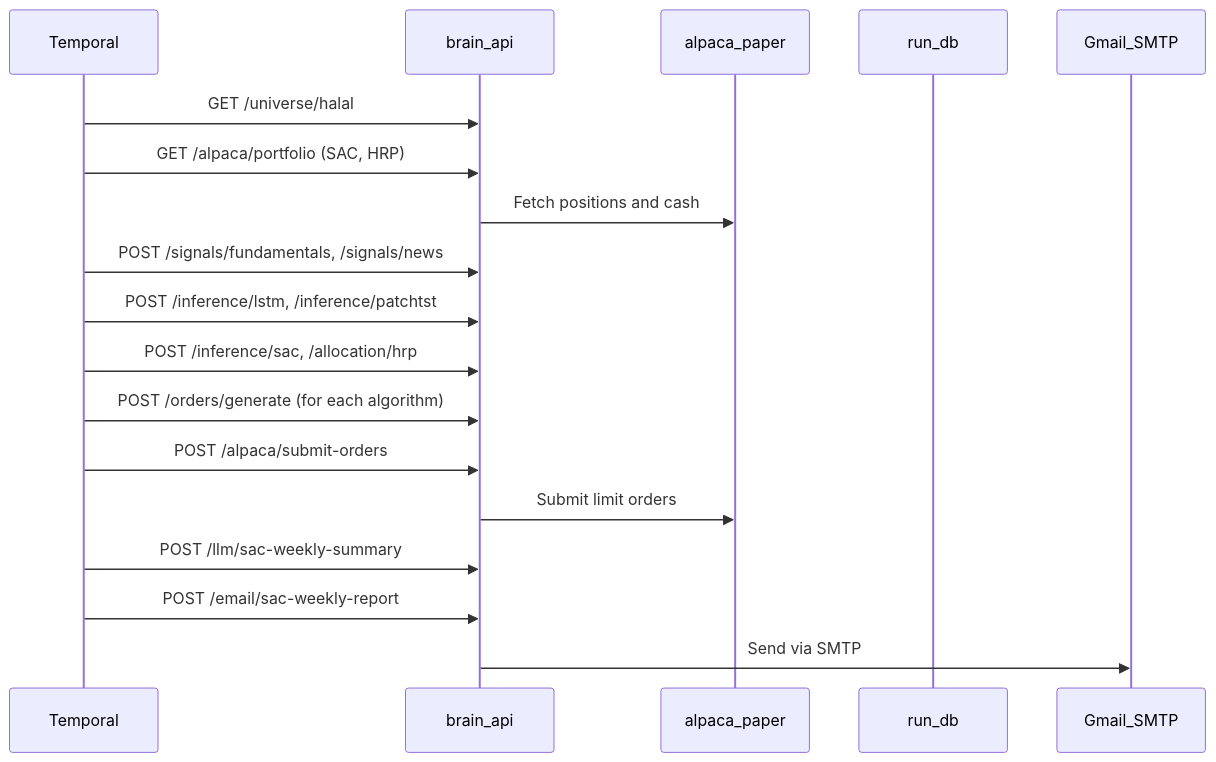
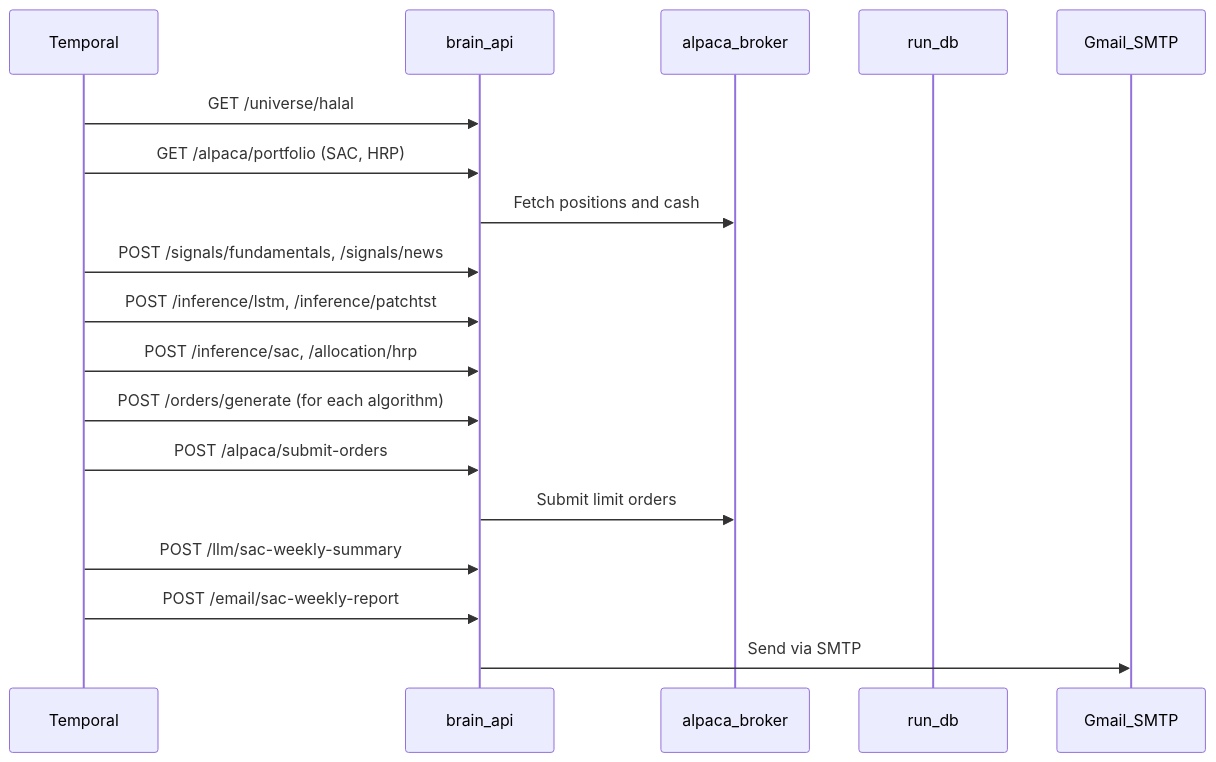
The first of 3 diagrams in README.md (hajirazin/LearnFinance-2025), drawn with Mermaid before and after one commit. The commit also changed other lines of this file and 4 other files, not shown here.

First line of the commit message:
feat(alpaca): per-account base URL override for paper/live trading

````diff
--- a/README.md
+++ b/README.md
@@ -204,21 +204,21 @@
 ```mermaid
 sequenceDiagram
   participant Temporal as Temporal
   participant Brain as brain_api
-  participant Alpaca as alpaca_paper
+  participant Alpaca as alpaca_broker
   participant DB as run_db
   participant Email as Gmail_SMTP
 
   Temporal->>Brain: GET /universe/halal
   Temporal->>Brain: GET /alpaca/portfolio (SAC, HRP)
   Brain->>Alpaca: Fetch positions and cash
   Temporal->>Brain: POST /signals/fundamentals, /signals/news
   Temporal->>Brain: POST /inference/lstm, /inference/patchtst
   Temporal->>Brain: POST /inference/sac, /allocation/hrp
   Temporal->>Brain: POST /orders/generate (for each algorithm)
   Temporal->>Brain: POST /alpaca/submit-orders
   Brain->>Alpaca: Submit limit orders
   Temporal->>Brain: POST /llm/sac-weekly-summary
   Temporal->>Brain: POST /email/sac-weekly-report
   Brain->>Email: Send via SMTP
 ```
````
